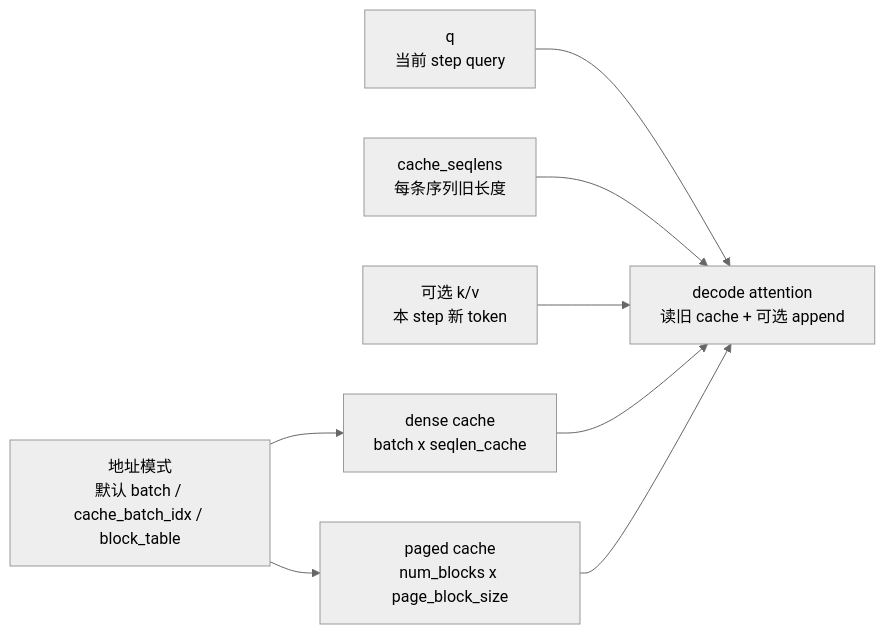
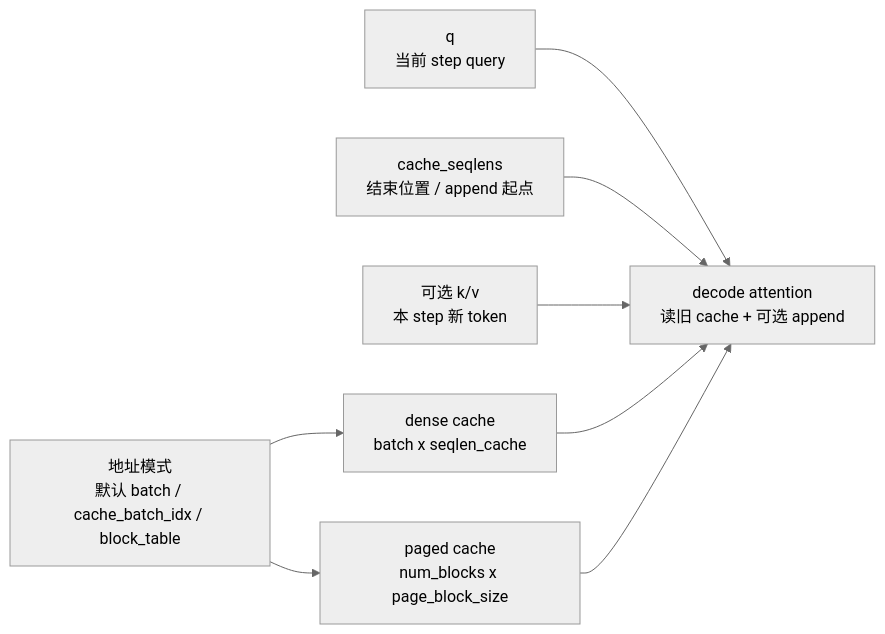
Before and after one commit to OnlyHero5/sglang-reading-vault: the diagram in flash-attn_reading/推理特性/KV-Cache/FlashAttention-KV-Cache-核心概念.md, drawn with Mermaid (neutral theme). The commit also changed other lines of this file and 512 other files, not shown here.

````diff
--- a/flash-attn_reading/推理特性/KV-Cache/FlashAttention-KV-Cache-核心概念.md
+++ b/flash-attn_reading/推理特性/KV-Cache/FlashAttention-KV-Cache-核心概念.md
@@ -27,17 +27,17 @@
 ```mermaid
 flowchart LR
     Q["q<br/>当前 step query"]
-    Len["cache_seqlens<br/>每条序列旧长度"]
+    Len["cache_seqlens<br/>结束位置 / append 起点"]
     NewKV["可选 k/v<br/>本 step 新 token"]
     Dense["dense cache<br/>batch x seqlen_cache"]
     Paged["paged cache<br/>num_blocks x page_block_size"]
     Addr["地址模式<br/>默认 batch / cache_batch_idx / block_table"]
     Attn["decode attention<br/>读旧 cache + 可选 append"]
     Q --> Attn
     Len --> Attn
     NewKV --> Attn
     Addr --> Dense
     Addr --> Paged
     Dense --> Attn
     Paged --> Attn
 ```
````
